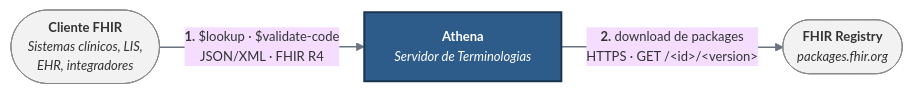
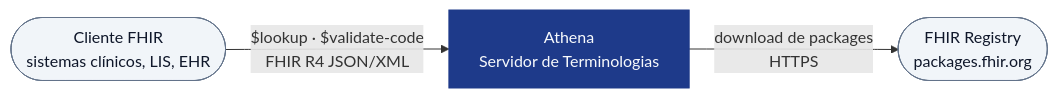
The first of 2 diagrams in docs/proposta.md (ti-sesgo/athena), drawn with Mermaid before and after one commit. The commit also changed other lines of this file, not shown here.

Commit message:
docs: reescreve diagramas de arquitetura para melhor portabilidade

````diff
--- a/docs/proposta.md
+++ b/docs/proposta.md
@@ -9,16 +9,14 @@
 ```mermaid
-%%{init: {'theme':'base', 'themeVariables': {'fontFamily':'-apple-system, Segoe UI, sans-serif', 'fontSize':'13px'}}}%%
 flowchart LR
-    cliente(["<b>Cliente FHIR</b><br/><i>Sistemas clínicos, LIS,<br/>EHR, integradores</i>"])
-    athena["<b>Athena</b><br/><i>Servidor de Terminologias</i>"]
-    registry(["<b>FHIR Registry</b><br/><i>packages.fhir.org</i>"])
+    cliente(["Cliente FHIR<br/>sistemas clínicos, LIS, EHR"])
+    athena["Athena<br/>Servidor de Terminologias"]
+    registry(["FHIR Registry<br/>packages.fhir.org"])
 
-    cliente -- "<b>1.</b> $lookup · $validate-code<br/>JSON/XML · FHIR R4" --> athena
-    athena -- "<b>2.</b> download de packages<br/>HTTPS · GET /&lt;id&gt;/&lt;version&gt;" --> registry
+    cliente -->|"$lookup · $validate-code<br/>FHIR R4 JSON/XML"| athena
+    athena -->|"download de packages<br/>HTTPS"| registry
 
-    classDef external fill:#f2f2f2,stroke:#8a8a8a,stroke-width:1px,color:#333
-    classDef focus   fill:#2e5c8a,stroke:#1a3550,stroke-width:2px,color:#ffffff
+    classDef external fill:#f1f5f9,stroke:#64748b,color:#0f172a
+    classDef system fill:#1e3a8a,stroke:#1e3a8a,color:#f8fafc
     class cliente,registry external
-    class athena focus
-    linkStyle 0,1 stroke:#6b7280,stroke-width:1.5px
+    class athena system
 ```
````
